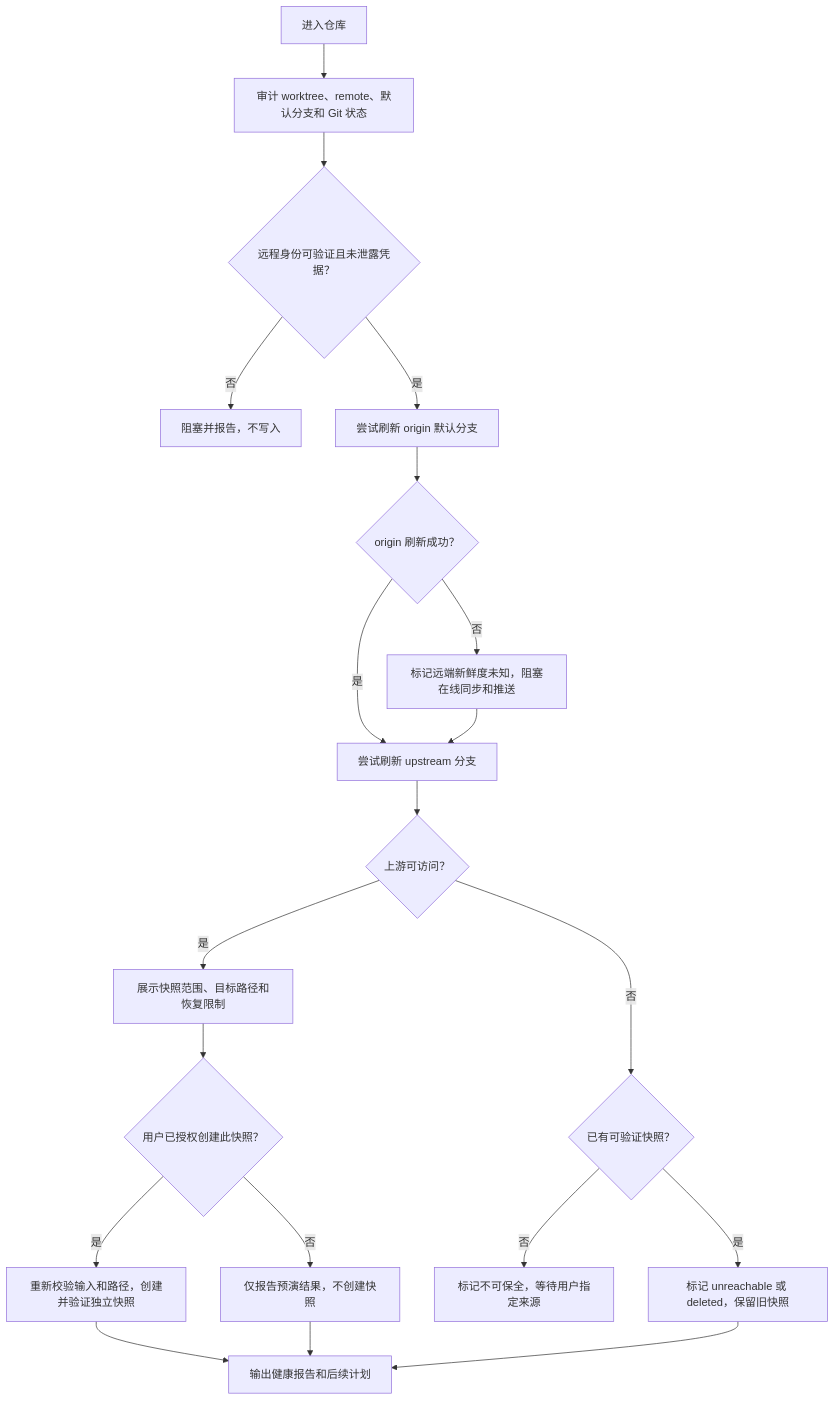
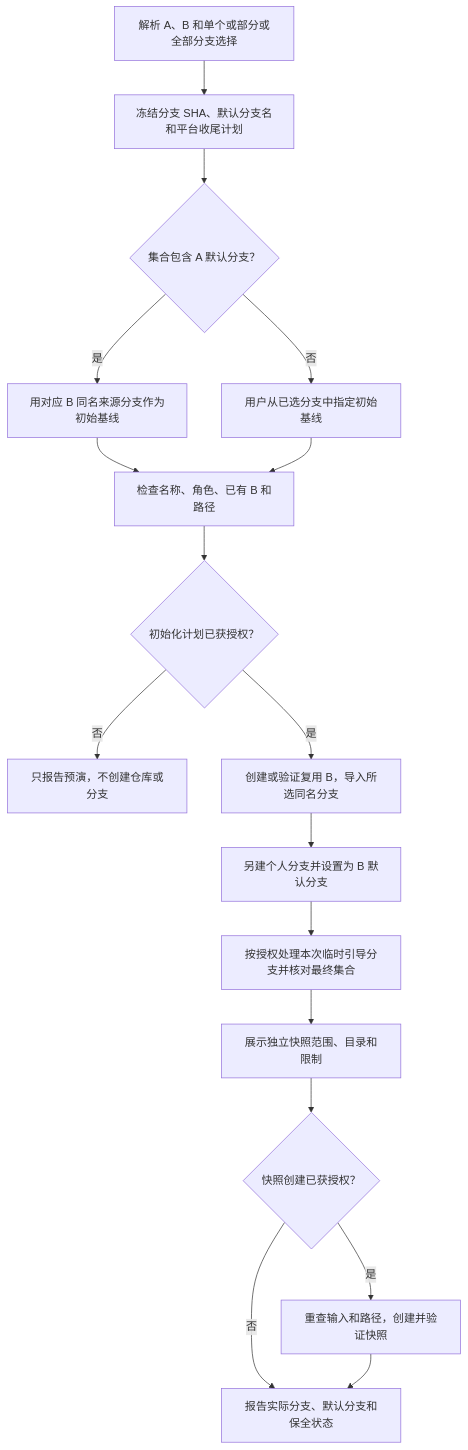
One commit to wk1995/skill changed the third of 4 diagrams in docs/superpowers/specs/2026-07-29-fork-repository-maintenance-skill-prd.md. Above: the diagram before and after it, drawn with Mermaid. The commit also changed other lines of this file and 1 other file, not shown here.

First line of the commit message:
[Codex][GPT-6] docs: isolate fork source branches and add technical design

````diff
--- a/docs/superpowers/specs/2026-07-29-fork-repository-maintenance-skill-prd.md
+++ b/docs/superpowers/specs/2026-07-29-fork-repository-maintenance-skill-prd.md
@@ -238,22 +238,19 @@
 ```mermaid
 flowchart TD
-    Start[进入仓库] --> Inspect[审计 worktree、remote、默认分支和 Git 状态]
-    Inspect --> Identity{远程身份可验证且未泄露凭据？}
-    Identity -- 否 --> Block[阻塞并报告，不写入]
-    Identity -- 是 --> FetchOrigin[尝试刷新 origin 默认分支]
-    FetchOrigin --> OriginState{origin 刷新成功？}
-    OriginState -- 是 --> FetchUpstream[尝试刷新 upstream 分支]
-    OriginState -- 否 --> OriginUnknown[标记远端新鲜度未知，阻塞在线同步和推送]
-    OriginUnknown --> FetchUpstream
-    FetchUpstream --> Reachable{上游可访问？}
-    Reachable -- 是 --> SnapshotPlan[展示快照范围、目标路径和恢复限制]
-    SnapshotPlan --> SnapshotConfirm{用户已授权创建此快照？}
-    SnapshotConfirm -- 否 --> Preview[仅报告预演结果，不创建快照]
-    SnapshotConfirm -- 是 --> Snapshot[重新校验输入和路径，创建并验证独立快照]
-    Reachable -- 否 --> Existing{已有可验证快照？}
-    Existing -- 否 --> BlockNoSnapshot[标记不可保全，等待用户指定来源]
-    Existing -- 是 --> State[标记 unreachable 或 deleted，保留旧快照]
-    Snapshot --> Report[输出健康报告和后续计划]
-    Preview --> Report
-    State --> Report
+    Start[解析 A、B 和单个或部分或全部分支选择] --> Plan[冻结分支 SHA、默认分支名和平台收尾计划]
+    Plan --> Contains{集合包含 A 默认分支？}
+    Contains -- 是 --> AutoBase[用对应 B 同名来源分支作为初始基线]
+    Contains -- 否 --> ChooseBase[用户从已选分支中指定初始基线]
+    AutoBase --> Validate[检查名称、角色、已有 B 和路径]
+    ChooseBase --> Validate
+    Validate --> Authorized{初始化计划已获授权？}
+    Authorized -- 否 --> Preview[只报告预演，不创建仓库或分支]
+    Authorized -- 是 --> Fork[创建或验证复用 B，导入所选同名分支]
+    Fork --> Personal[另建个人分支并设置为 B 默认分支]
+    Personal --> Finalize[按授权处理本次临时引导分支并核对最终集合]
+    Finalize --> BackupPlan[展示独立快照范围、目录和限制]
+    BackupPlan --> SnapshotConfirm{快照创建已获授权？}
+    SnapshotConfirm -- 否 --> Report[报告实际分支、默认分支和保全状态]
+    SnapshotConfirm -- 是 --> Snapshot[重查输入和路径，创建并验证快照]
+    Snapshot --> Report
 ```
````
